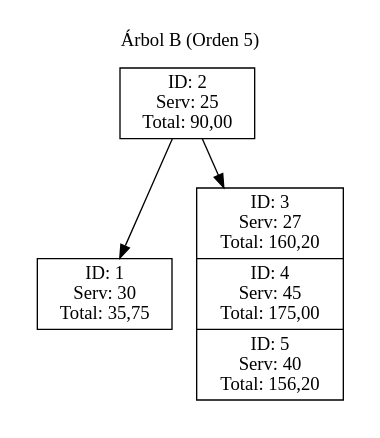
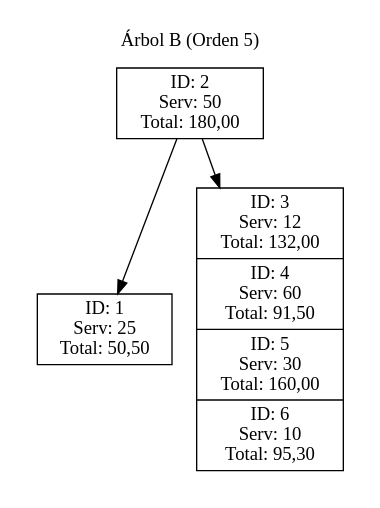
Before and after one commit to Rodrigo-1504/-EDD-1S2025_202202854: the diagram in Proyecto-Fase 2/Reportes/B.dot, drawn with Graphviz. The commit also changed 43 other files, not shown here.

```diff
--- a/Proyecto-Fase 2/Reportes/B.dot
+++ b/Proyecto-Fase 2/Reportes/B.dot
@@ -1,12 +1,12 @@
 digraph BTree {
 	node[shape=record];
 	graph[pencolor=transparent];
 	subgraph cluster_0{
 		label = "Árbol B (Orden 5)";
-	"node0" [label = "{ID: 2\nServ: 25\nTotal: 90,00}"];
-	"node1" [label = "{ID: 1\nServ: 30\nTotal: 35,75}"];
+	"node0" [label = "{ID: 2\nServ: 50\nTotal: 180,00}"];
+	"node1" [label = "{ID: 1\nServ: 25\nTotal: 50,50}"];
 	"node0" -> "node1";
-	"node2" [label = "{ID: 3\nServ: 27\nTotal: 160,20|ID: 4\nServ: 45\nTotal: 175,00|ID: 5\nServ: 40\nTotal: 156,20}"];
+	"node2" [label = "{ID: 3\nServ: 12\nTotal: 132,00|ID: 4\nServ: 60\nTotal: 91,50|ID: 5\nServ: 30\nTotal: 160,00|ID: 6\nServ: 10\nTotal: 95,30}"];
 	"node0" -> "node2";
 	}
 }
```
